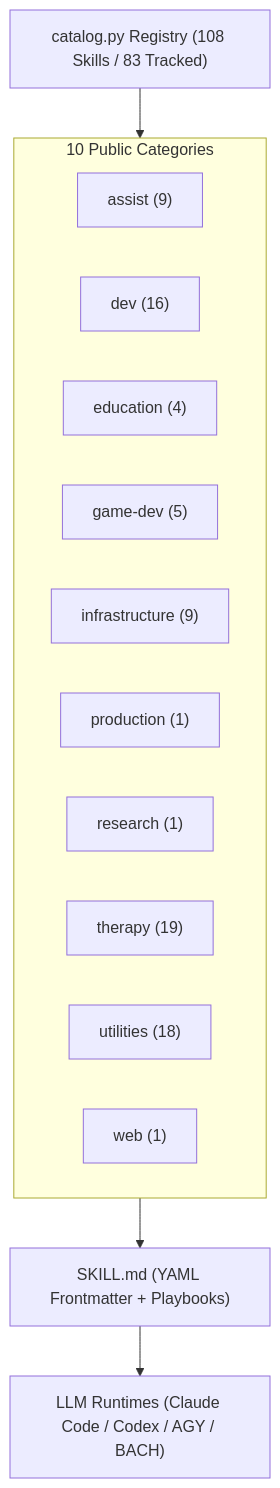
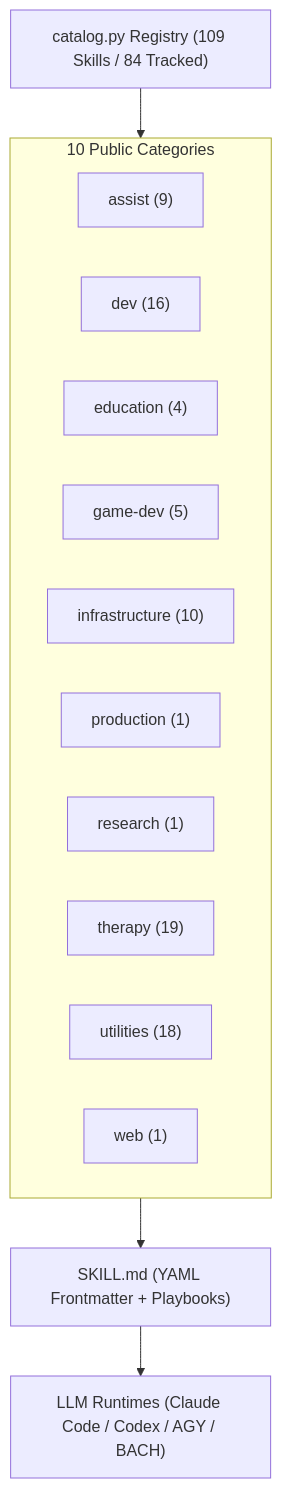
Before and after one commit to ellmos-ai/skills: the diagram in README.md, drawn with Mermaid. The commit also changed other lines of this file and 11 other files, not shown here.

````diff
--- a/README.md
+++ b/README.md
@@ -31,18 +31,18 @@
 ```mermaid
 flowchart TD
-    Catalog["catalog.py Registry (108 Skills / 83 Tracked)"] --> Categories
+    Catalog["catalog.py Registry (109 Skills / 84 Tracked)"] --> Categories
     subgraph Categories ["10 Public Categories"]
         Assist["assist (9)"]
         Dev["dev (16)"]
         Edu["education (4)"]
         Game["game-dev (5)"]
-        Infra["infrastructure (9)"]
+        Infra["infrastructure (10)"]
         Prod["production (1)"]
         Res["research (1)"]
         Therapy["therapy (19)"]
         Utils["utilities (18)"]
         Web["web (1)"]
     end
     Categories --> Specs["SKILL.md (YAML Frontmatter + Playbooks)"]
     Specs --> Runtimes["LLM Runtimes (Claude Code / Codex / AGY / BACH)"]
 ```
````
